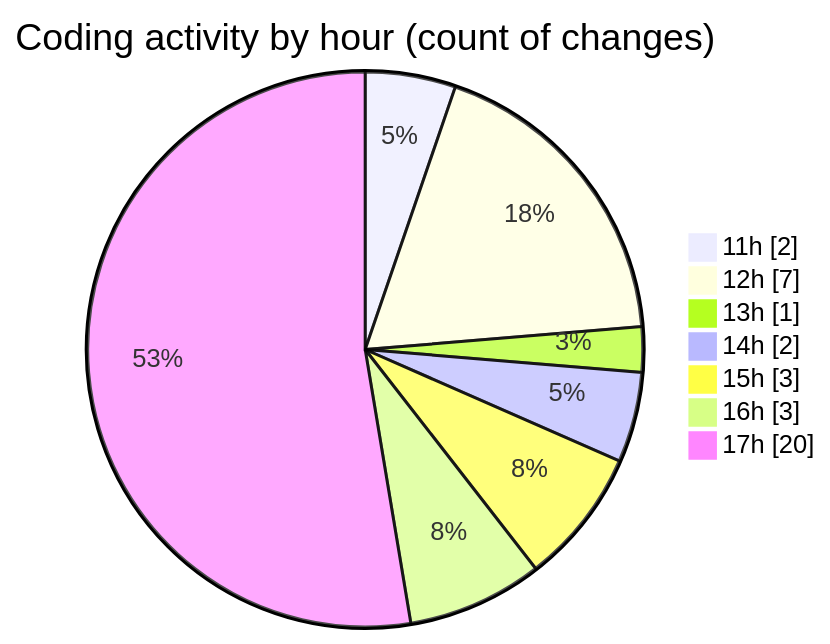
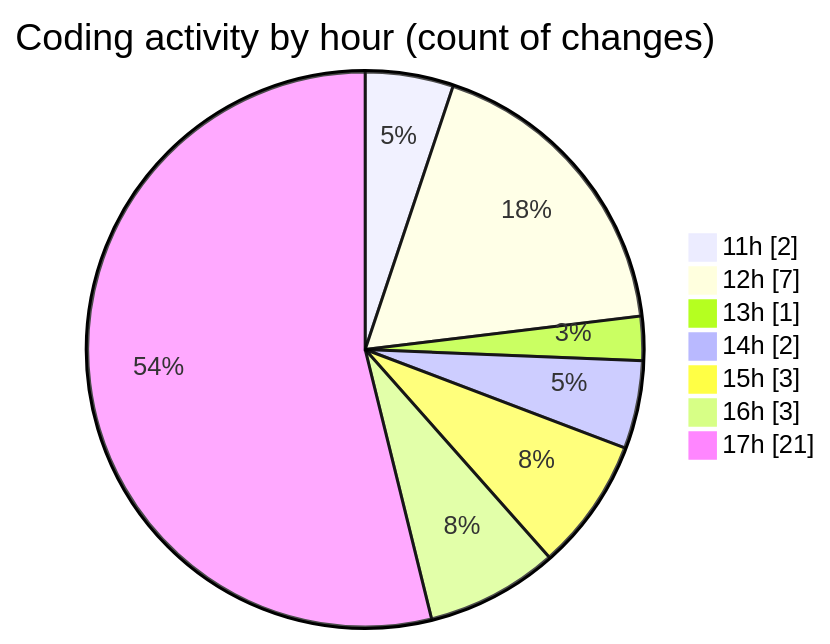
One commit to nxtqubesakshisongat/code-tracking changed the second of 2 diagrams in 2025-11-10/nxtqube_webapp/README.md. Above: the diagram before and after it, drawn with Mermaid. The commit also changed other lines of this file and 1 other file, not shown here.

````diff
--- a/2025-11-10/nxtqube_webapp/README.md
+++ b/2025-11-10/nxtqube_webapp/README.md
@@ -39,11 +40,11 @@
 ```mermaid
 pie showData
 title Coding activity by hour (count of changes)
 "11h" : 2
 "12h" : 7
 "13h" : 1
 "14h" : 2
 "15h" : 3
 "16h" : 3
-"17h" : 20
+"17h" : 21
 ```
````
